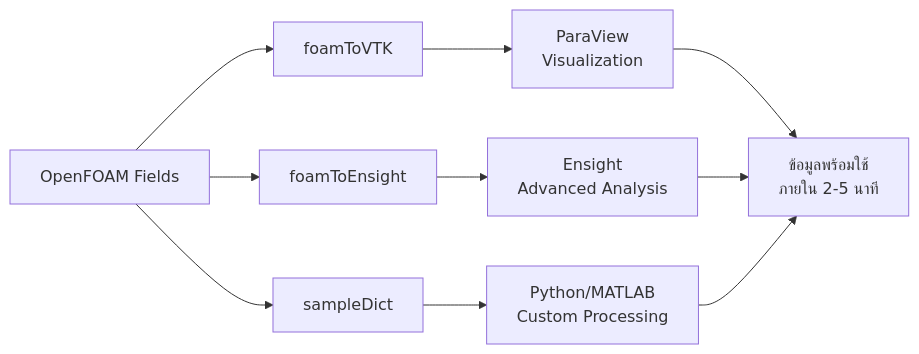
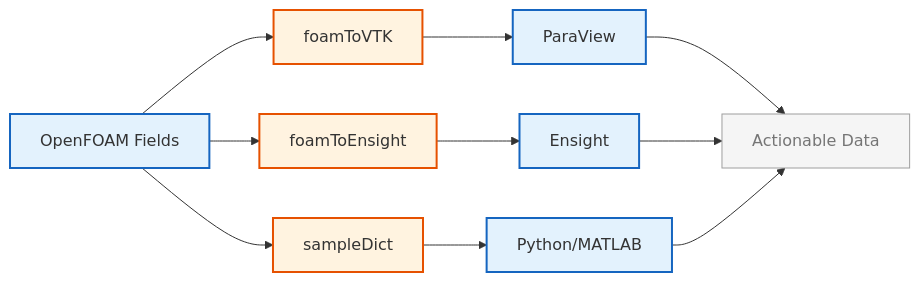
The second of 3 diagrams in MODULE_07_UTILITIES_AUTOMATION/CONTENT/08_EXPERT_UTILITIES/05_Time-Saving_Benefits.md (wramet/build-my-cfd), drawn with Mermaid before and after one commit. The commit also changed other lines of this file and 313 other files, not shown here.

Commit message:
Revise all diagram

````diff
--- a/MODULE_07_UTILITIES_AUTOMATION/CONTENT/08_EXPERT_UTILITIES/05_Time-Saving_Benefits.md
+++ b/MODULE_07_UTILITIES_AUTOMATION/CONTENT/08_EXPERT_UTILITIES/05_Time-Saving_Benefits.md
@@ -201,14 +212,19 @@
 ```mermaid
 flowchart LR
-    A[OpenFOAM Fields] --> B[foamToVTK]
-    A --> C[foamToEnsight]
-    A --> D[sampleDict]
+%% Classes
+classDef explicit fill:#fff3e0,stroke:#e65100,stroke-width:2px;
+classDef implicit fill:#e3f2fd,stroke:#1565c0,stroke-width:2px;
+classDef context fill:#f5f5f5,stroke:#9e9e9e,stroke-width:1px,color:#757575;
+%% Nodes
+A[OpenFOAM Fields]:::implicit --> B[foamToVTK]:::explicit
+A --> C[foamToEnsight]:::explicit
+A --> D[sampleDict]:::explicit
 
-    B --> E[ParaView<br/>Visualization]
-    C --> F[Ensight<br/>Advanced Analysis]
-    D --> G[Python/MATLAB<br/>Custom Processing]
+B --> E[ParaView]:::implicit
+C --> F[Ensight]:::implicit
+D --> G[Python/MATLAB]:::implicit
 
-    E --> H[ข้อมูลพร้อมใช้<br/>ภายใน 2-5 นาที]
-    F --> H
-    G --> H
+E --> H[Actionable Data]:::context
+F --> H
+G --> H
 ```
````
